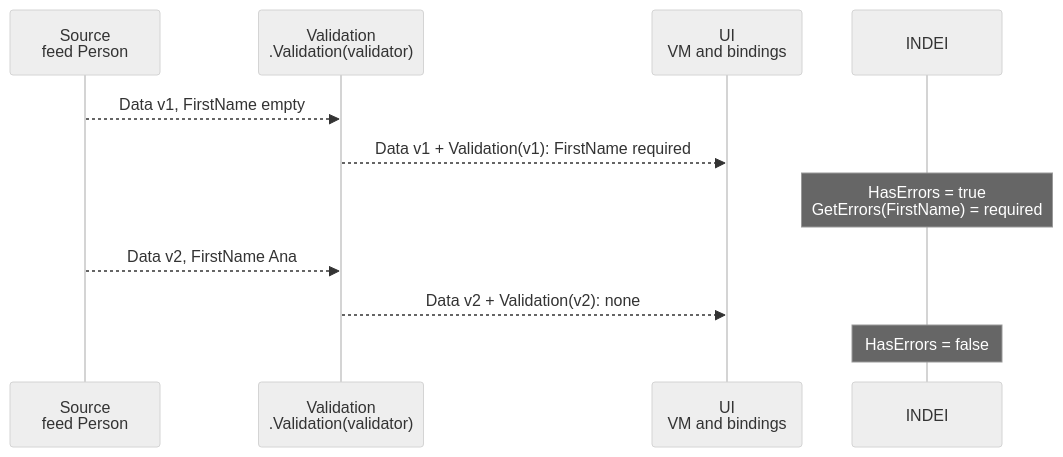
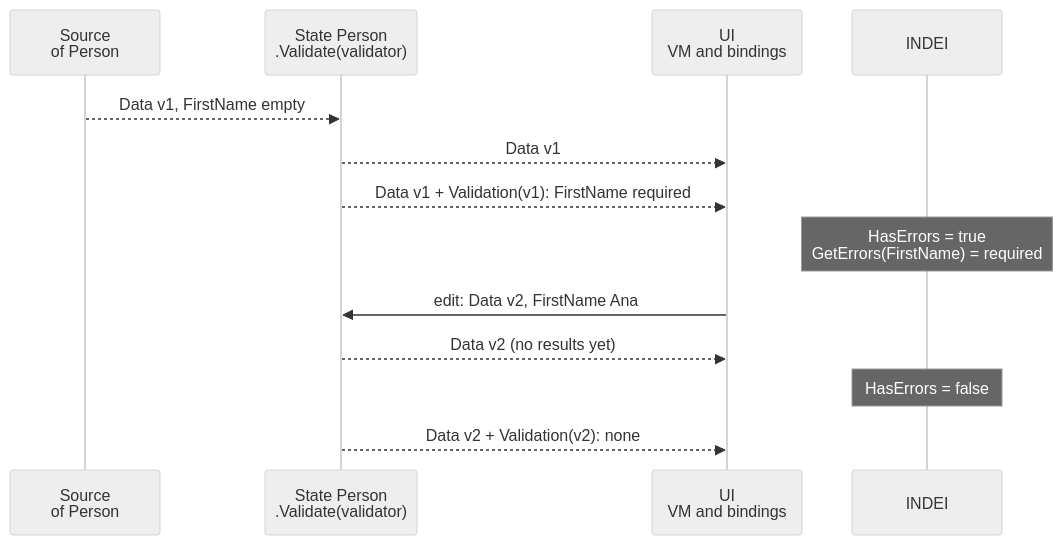
One commit to unoplatform/uno.extensions changed the fifth of 7 diagrams in specs/018-mvux-mocking-and-validation/spec.md. Above: the diagram before and after it, drawn with Mermaid (neutral theme). The commit also changed other lines of this file, not shown here.

First line of the commit message:
docs(specs): record in spec 018 that live validation is held by the state

````diff
--- a/specs/018-mvux-mocking-and-validation/spec.md
+++ b/specs/018-mvux-mocking-and-validation/spec.md
@@ -211,14 +230,16 @@
 ```mermaid
 sequenceDiagram
-    participant S as Source<br/>feed Person
-    participant V as Validation<br/>.Validation(validator)
+    participant S as Source<br/>of Person
+    participant V as State Person<br/>.Validate(validator)
     participant UI as UI<br/>VM and bindings
     participant I as INDEI
 
     S-->>V: Data v1, FirstName empty
+    V-->>UI: Data v1
     V-->>UI: Data v1 + Validation(v1): FirstName required
     Note over I: HasErrors = true<br/>GetErrors(FirstName) = required
-    S-->>V: Data v2, FirstName Ana
+    UI->>V: edit: Data v2, FirstName Ana
+    V-->>UI: Data v2 (no results yet)
+    Note over I: HasErrors = false
     V-->>UI: Data v2 + Validation(v2): none
-    Note over I: HasErrors = false
 ```
````
